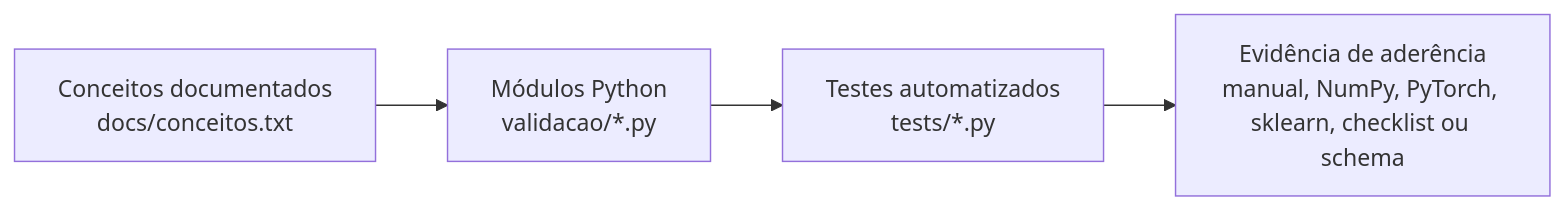
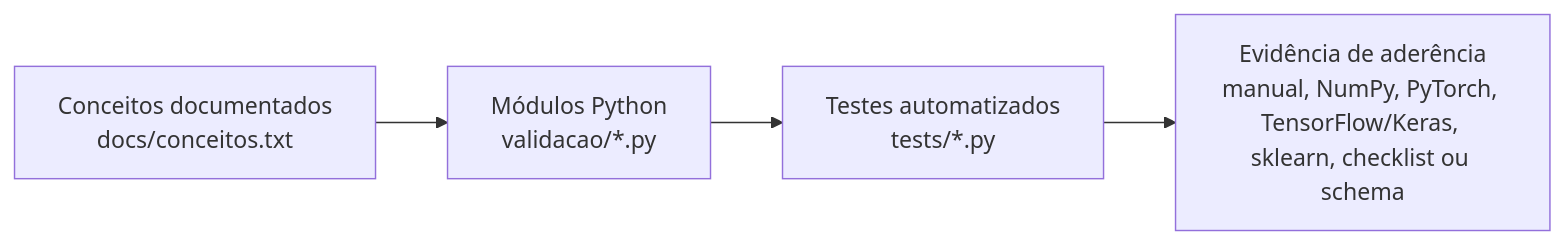
One commit to LucasCerqueiraGalvao/scientific-initiation changed the second of 2 diagrams in fases/01_validacao_conceitual/README.md. Above: the diagram before and after it, drawn with Mermaid. The commit also changed other lines of this file and 12 other files, not shown here.

Commit message:
Validate attention across PyTorch and TensorFlow

````diff
--- a/fases/01_validacao_conceitual/README.md
+++ b/fases/01_validacao_conceitual/README.md
@@ -79,6 +79,6 @@
 ```mermaid
 flowchart LR
     C["Conceitos documentados<br/>docs/conceitos.txt"] --> M["Módulos Python<br/>validacao/*.py"]
     M --> T["Testes automatizados<br/>tests/*.py"]
-    T --> R["Evidência de aderência<br/>manual, NumPy, PyTorch, sklearn, checklist ou schema"]
+    T --> R["Evidência de aderência<br/>manual, NumPy, PyTorch, TensorFlow/Keras, sklearn, checklist ou schema"]
 ```
````
